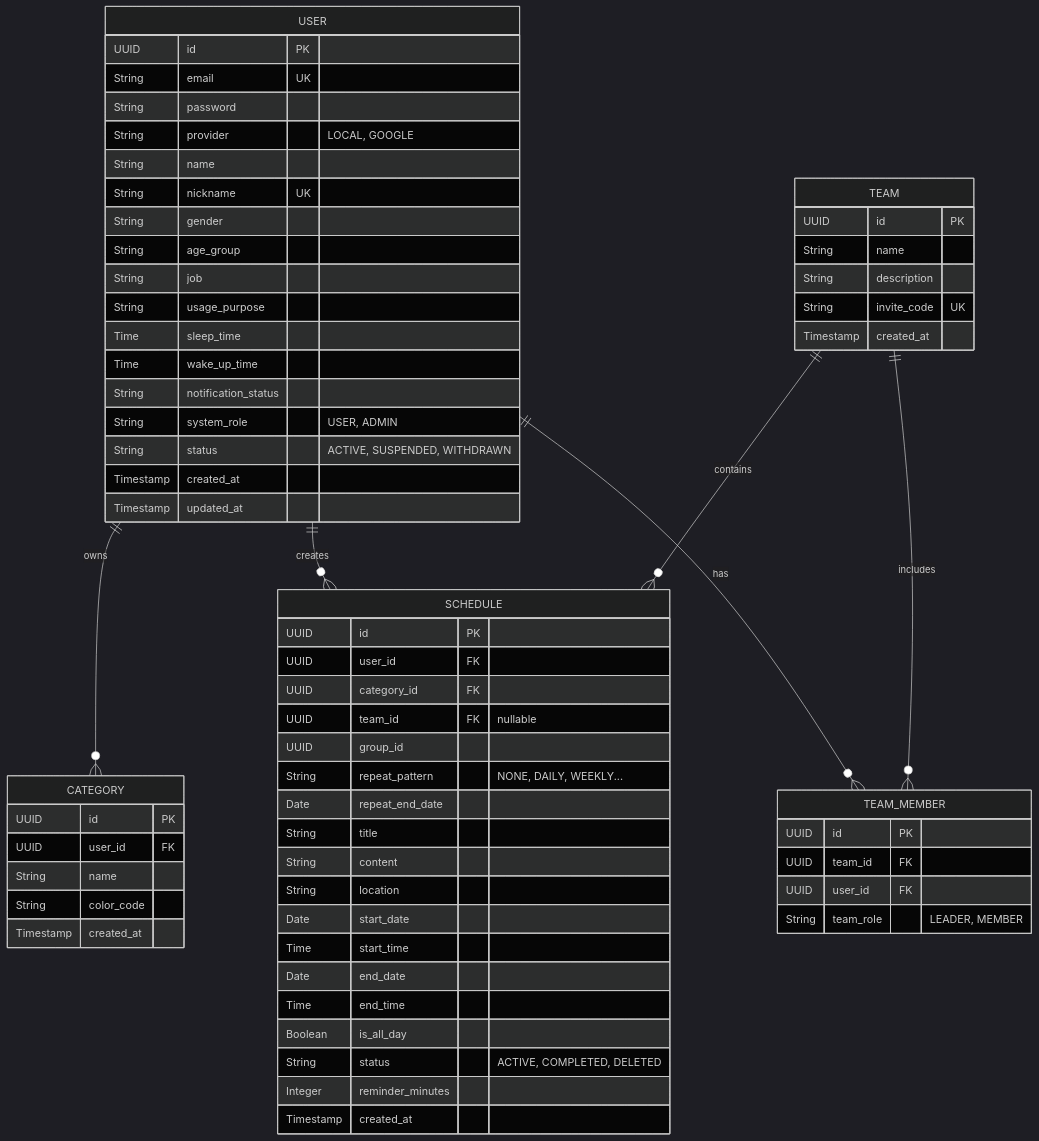
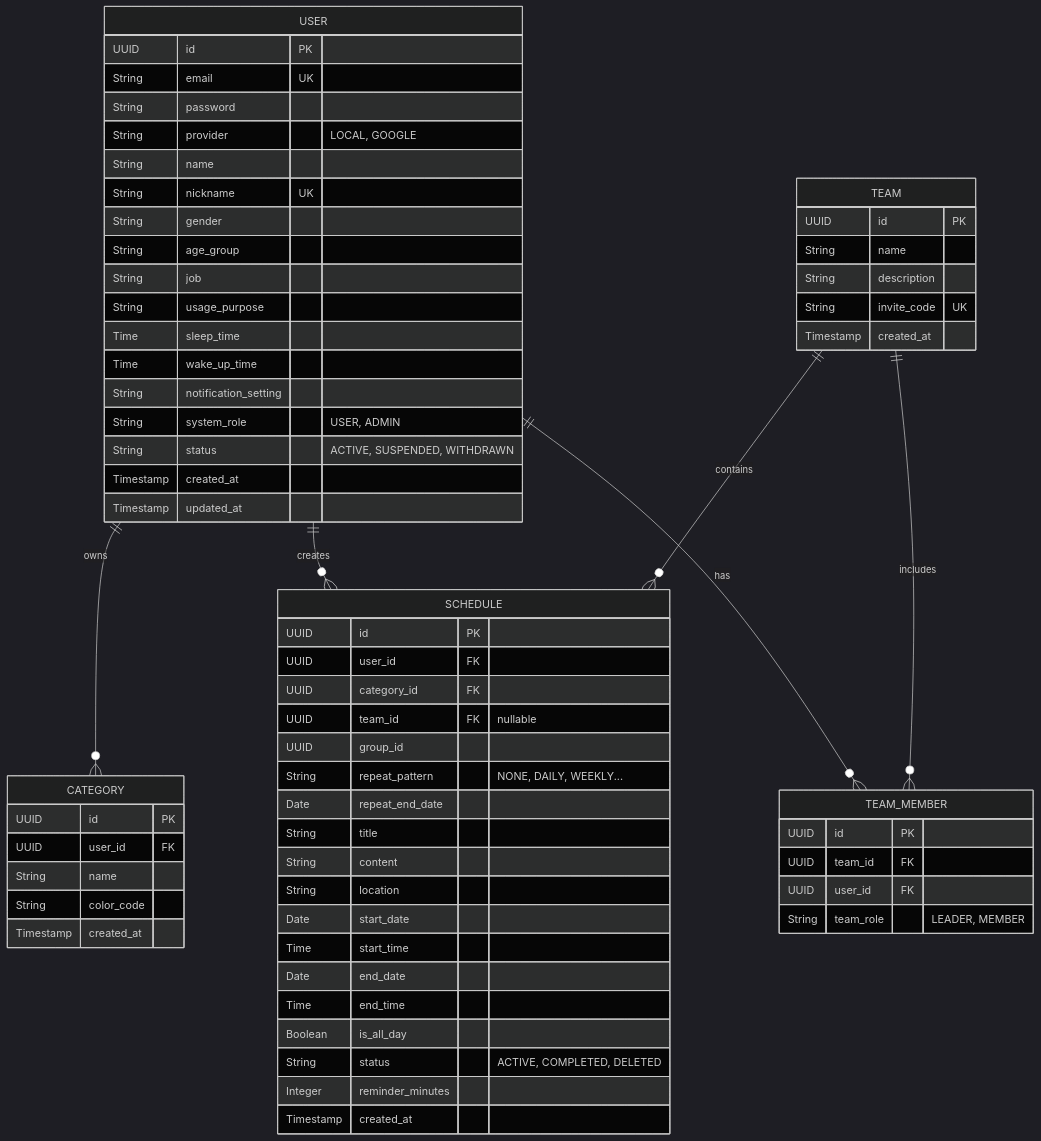
The first of 5 diagrams in README.md (PF-eZplan/core-service), drawn with Mermaid (dark theme) before and after one commit. The commit also changed other lines of this file and 1 other file, not shown here.

````diff
--- a/README.md
+++ b/README.md
@@ -33,72 +33,72 @@
 ```mermaid
 erDiagram
     USER ||--o{ CATEGORY : owns
     USER ||--o{ SCHEDULE : creates
     USER ||--o{ TEAM_MEMBER : has
     TEAM ||--o{ TEAM_MEMBER : includes
     TEAM ||--o{ SCHEDULE : contains
 
     USER {
         UUID id PK
         String email UK
         String password
         String provider "LOCAL, GOOGLE"
         String name
         String nickname UK
         String gender
         String age_group
         String job
         String usage_purpose
         Time sleep_time
         Time wake_up_time
-        String notification_status
+        String notification_setting
         String system_role "USER, ADMIN"
         String status "ACTIVE, SUSPENDED, WITHDRAWN"
         Timestamp created_at
         Timestamp updated_at
     }
 
     CATEGORY {
         UUID id PK
         UUID user_id FK
         String name
         String color_code
         Timestamp created_at
     }
 
     SCHEDULE {
         UUID id PK
         UUID user_id FK
         UUID category_id FK
         UUID team_id FK "nullable"
         UUID group_id
         String repeat_pattern "NONE, DAILY, WEEKLY..."
         Date repeat_end_date
         String title
         String content
         String location
         Date start_date
         Time start_time
         Date end_date
         Time end_time
         Boolean is_all_day
         String status "ACTIVE, COMPLETED, DELETED"
         Integer reminder_minutes
         Timestamp created_at
     }
 
     TEAM {
         UUID id PK
         String name
         String description
         String invite_code UK
         Timestamp created_at
     }
 
     TEAM_MEMBER {
         UUID id PK
         UUID team_id FK
         UUID user_id FK
         String team_role "LEADER, MEMBER"
     }
 ```
````
